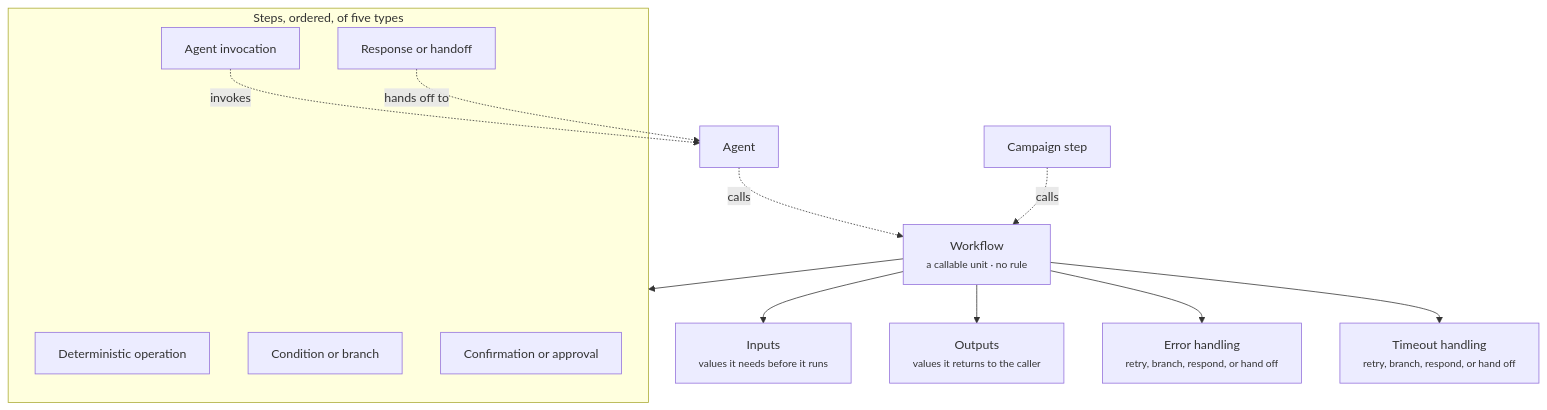
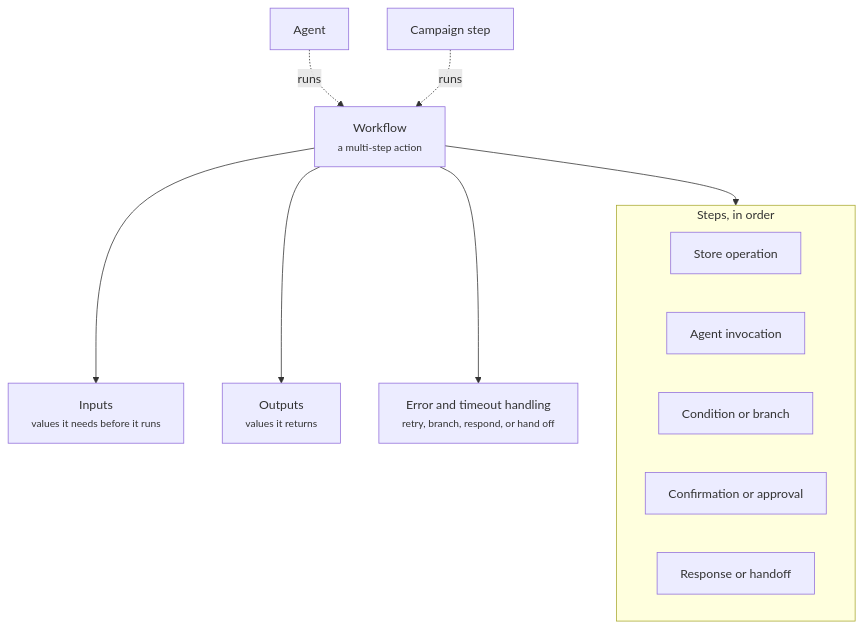
Before and after one commit to crossword-ai/docs: the diagram in agents/workflows.mdx, drawn with Mermaid. The commit also changed other lines of this file and 89 other files, not shown here.

````diff
--- a/agents/workflows.mdx
+++ b/agents/workflows.mdx
@@ -14,22 +12,19 @@
 ```mermaid
 flowchart TB
-  W["Workflow<br/><small>a callable unit · no rule</small>"]
+  W["Workflow<br/><small>a multi-step action</small>"]
   W --> IN["Inputs<br/><small>values it needs before it runs</small>"]
-  W --> OUT["Outputs<br/><small>values it returns to the caller</small>"]
+  W --> OUT["Outputs<br/><small>values it returns</small>"]
   W --> STEPS
-  W --> EH["Error handling<br/><small>retry, branch, respond, or hand off</small>"]
-  W --> TH["Timeout handling<br/><small>retry, branch, respond, or hand off</small>"]
-  subgraph STEPS["Steps, ordered, of five types"]
-    S1["Deterministic operation"]
+  W --> EH["Error and timeout handling<br/><small>retry, branch, respond, or hand off</small>"]
+  subgraph STEPS["Steps, in order"]
+    S1["Store operation"]
     S2["Agent invocation"]
     S3["Condition or branch"]
     S4["Confirmation or approval"]
     S5["Response or handoff"]
   end
   AG["Agent"]
   CS["Campaign step"]
-  AG -. "calls" .-> W
-  CS -. "calls" .-> W
-  S2 -. "invokes" .-> AG
-  S5 -. "hands off to" .-> AG
+  AG -. "runs" .-> W
+  CS -. "runs" .-> W
 ```
````
